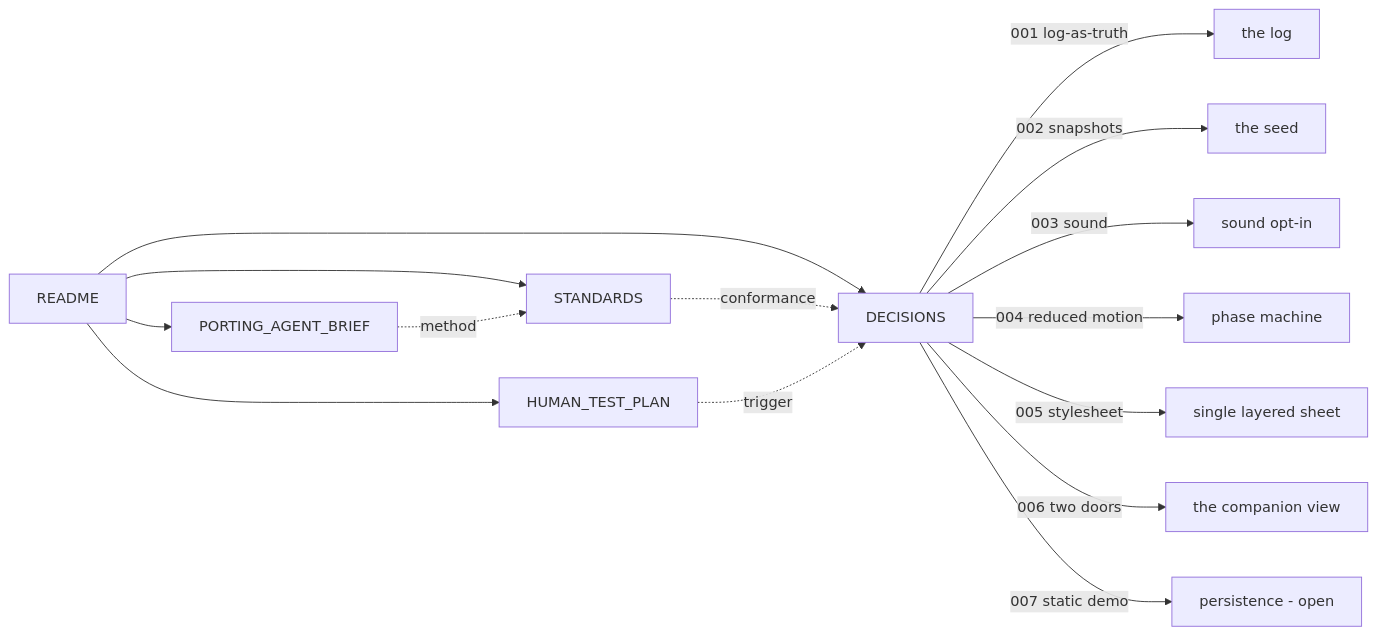
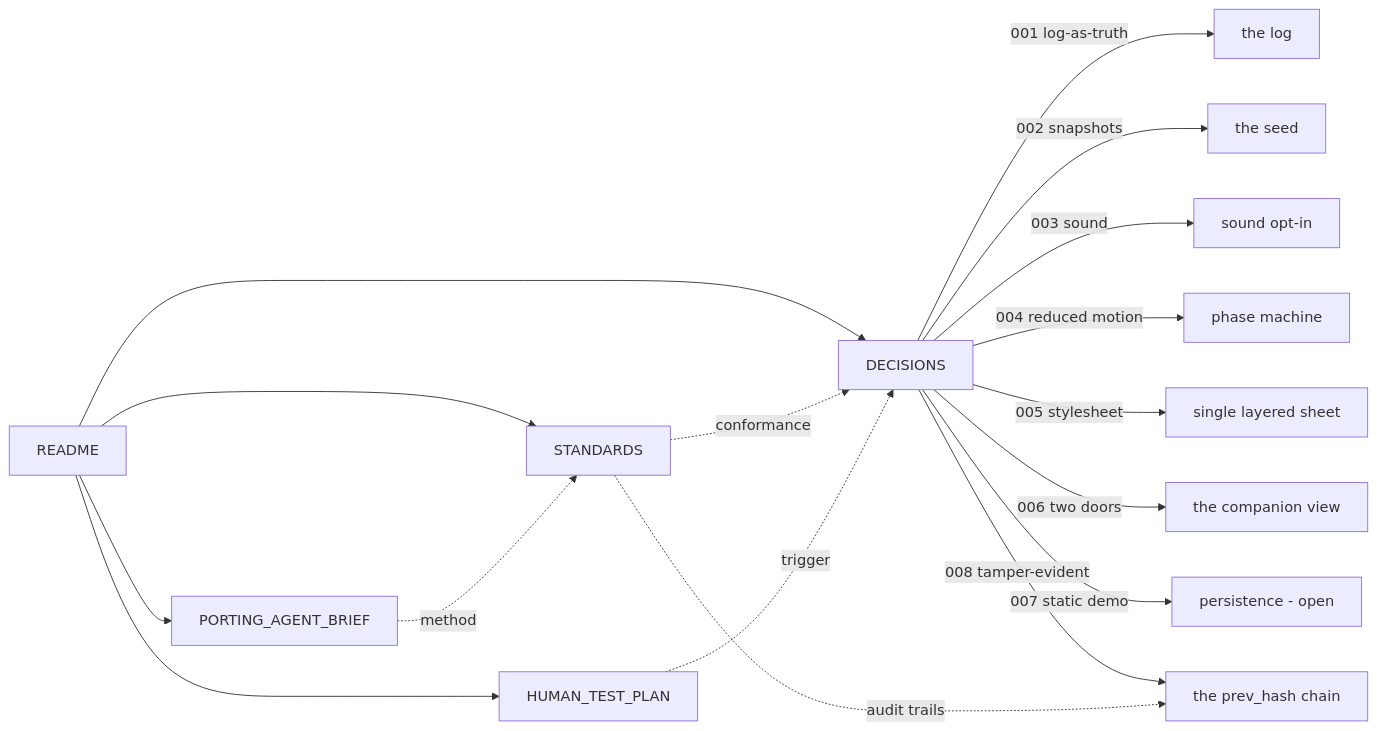
Before and after one commit to p31labs/P31-local-workspace: the diagram in apps/loom/docs/MAP.md, drawn with Mermaid. The commit also changed other lines of this file and 16 other files, not shown here.

````diff
--- a/apps/loom/docs/MAP.md
+++ b/apps/loom/docs/MAP.md
@@ -20,19 +20,21 @@
 ```mermaid
 graph LR
   README[README] --> STANDARDS
   README --> DECISIONS
   README --> HUMAN_TEST_PLAN
   README --> PORTING_AGENT_BRIEF
 
   STANDARDS -.conformance.-> DECISIONS
   HUMAN_TEST_PLAN -.trigger.-> DECISIONS
   PORTING_AGENT_BRIEF -.method.-> STANDARDS
 
   DECISIONS --> |"001 log-as-truth"| LOG[the log]
   DECISIONS --> |"002 snapshots"| SEED[the seed]
   DECISIONS --> |"003 sound"| SOUND[sound opt-in]
   DECISIONS --> |"004 reduced motion"| MOTION[phase machine]
   DECISIONS --> |"005 stylesheet"| CSS[single layered sheet]
   DECISIONS --> |"006 two doors"| COMPANION[the companion view]
   DECISIONS --> |"007 static demo"| PERSIST[persistence - open]
+  DECISIONS --> |"008 tamper-evident"| CHAIN[the prev_hash chain]
+  STANDARDS -.audit trails.-> CHAIN
 ```
````
